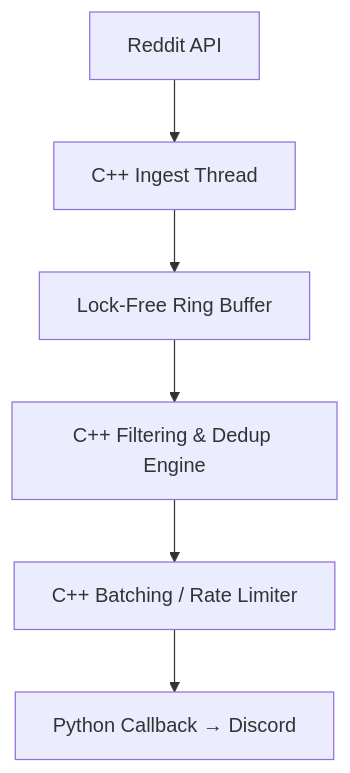
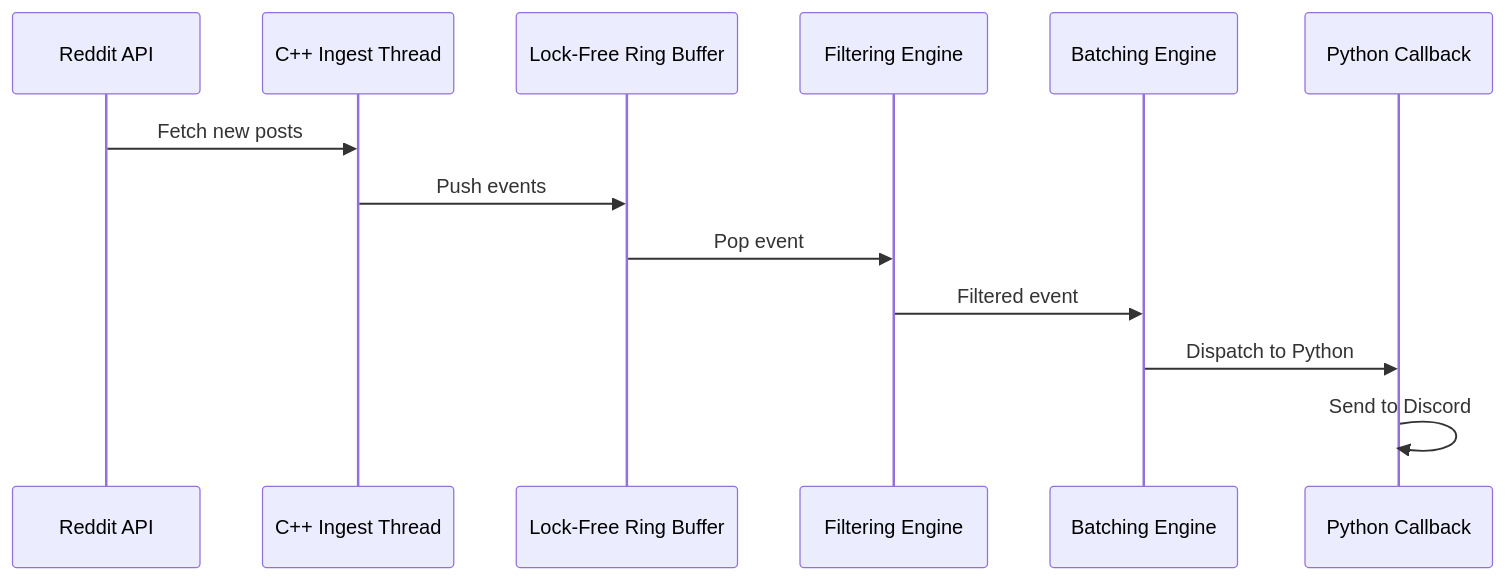
Before and after one commit to AlexAlestra100/nanoStream: the diagram in README.md, drawn with Mermaid.

Commit message:
Update architecture diagram to sequence diagram format

````diff
--- a/README.md
+++ b/README.md
@@ -43,8 +43,16 @@
 ```mermaid
-flowchart TD
-    A[Reddit API] --> B[C++ Ingest Thread]
-    B --> C[Lock-Free Ring Buffer]
-    C --> D[C++ Filtering & Dedup Engine]
-    D --> E[C++ Batching / Rate Limiter]
-    E --> F[Python Callback → Discord]
+sequenceDiagram
+    participant R as Reddit API
+    participant I as C++ Ingest Thread
+    participant Q as Lock-Free Ring Buffer
+    participant F as Filtering Engine
+    participant B as Batching Engine
+    participant P as Python Callback
+
+    R ->> I: Fetch new posts
+    I ->> Q: Push events
+    Q ->> F: Pop event
+    F ->> B: Filtered event
+    B ->> P: Dispatch to Python
+    P ->> P: Send to Discord
 ```
````
